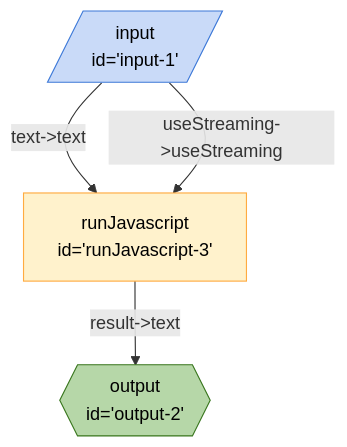
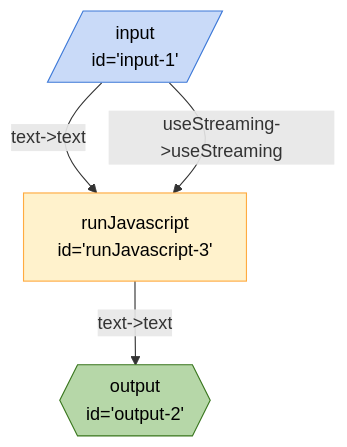
The diagram in seeds/breadboard-web/docs/graphs/new/mock-text-generator.md (breadboard-ai/breadboard), drawn with Mermaid before and after one commit. The commit also changed 2 other files, not shown here.

Commit message:
[syntax] fixed mock-text-generation

````diff
--- a/seeds/breadboard-web/docs/graphs/new/mock-text-generator.md
+++ b/seeds/breadboard-web/docs/graphs/new/mock-text-generator.md
@@ -3,15 +3,15 @@
 ```mermaid
 %%{init: 'themeVariables': { 'fontFamily': 'Fira Code, monospace' }}%%
 graph TD;
-runJavascript3["runJavascript <br> id='runJavascript-3'"] -- "result->text" --> output2{{"output <br> id='output-2'"}}:::output
+runJavascript3["runJavascript <br> id='runJavascript-3'"] -- "text->text" --> output2{{"output <br> id='output-2'"}}:::output
 input1[/"input <br> id='input-1'"/]:::input -- "text->text" --> runJavascript3["runJavascript <br> id='runJavascript-3'"]
 input1[/"input <br> id='input-1'"/]:::input -- "useStreaming->useStreaming" --> runJavascript3["runJavascript <br> id='runJavascript-3'"]
 classDef default stroke:#ffab40,fill:#fff2ccff,color:#000
 classDef input stroke:#3c78d8,fill:#c9daf8ff,color:#000
 classDef output stroke:#38761d,fill:#b6d7a8ff,color:#000
 classDef passthrough stroke:#a64d79,fill:#ead1dcff,color:#000
 classDef slot stroke:#a64d79,fill:#ead1dcff,color:#000
 classDef config stroke:#a64d79,fill:#ead1dcff,color:#000
 classDef secrets stroke:#db4437,fill:#f4cccc,color:#000
 classDef slotted stroke:#a64d79
 ```
````
